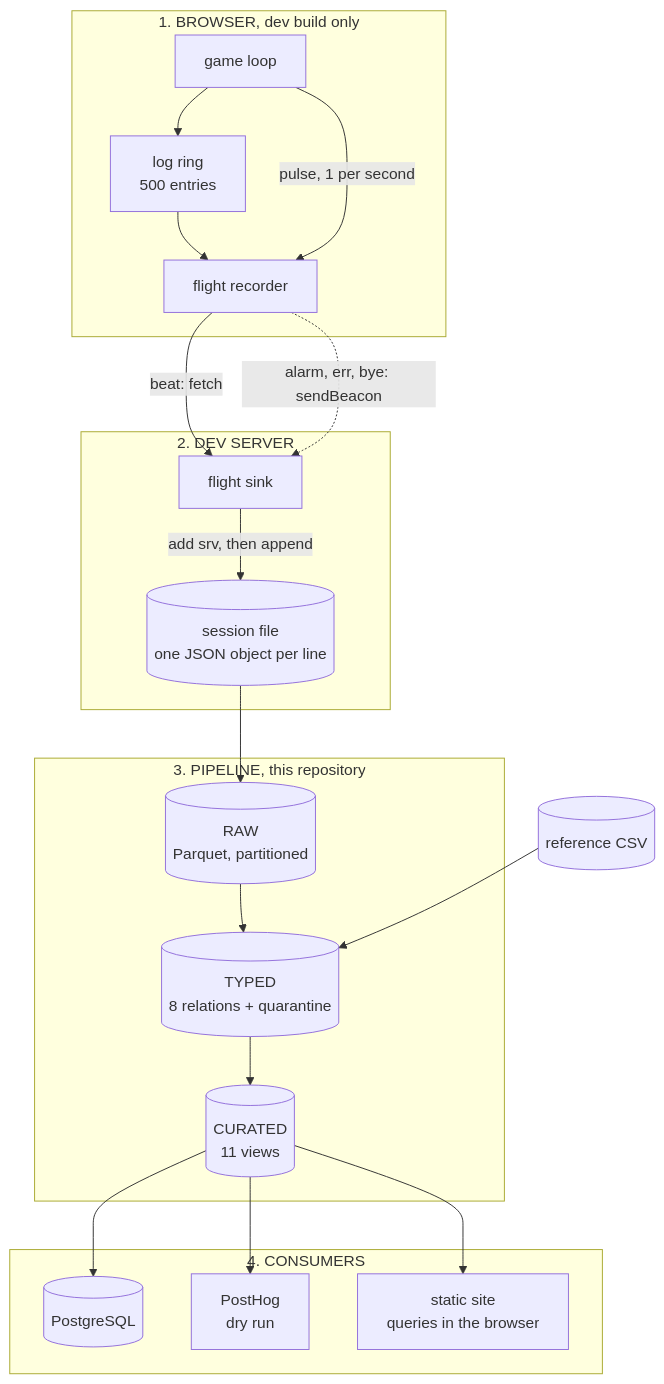
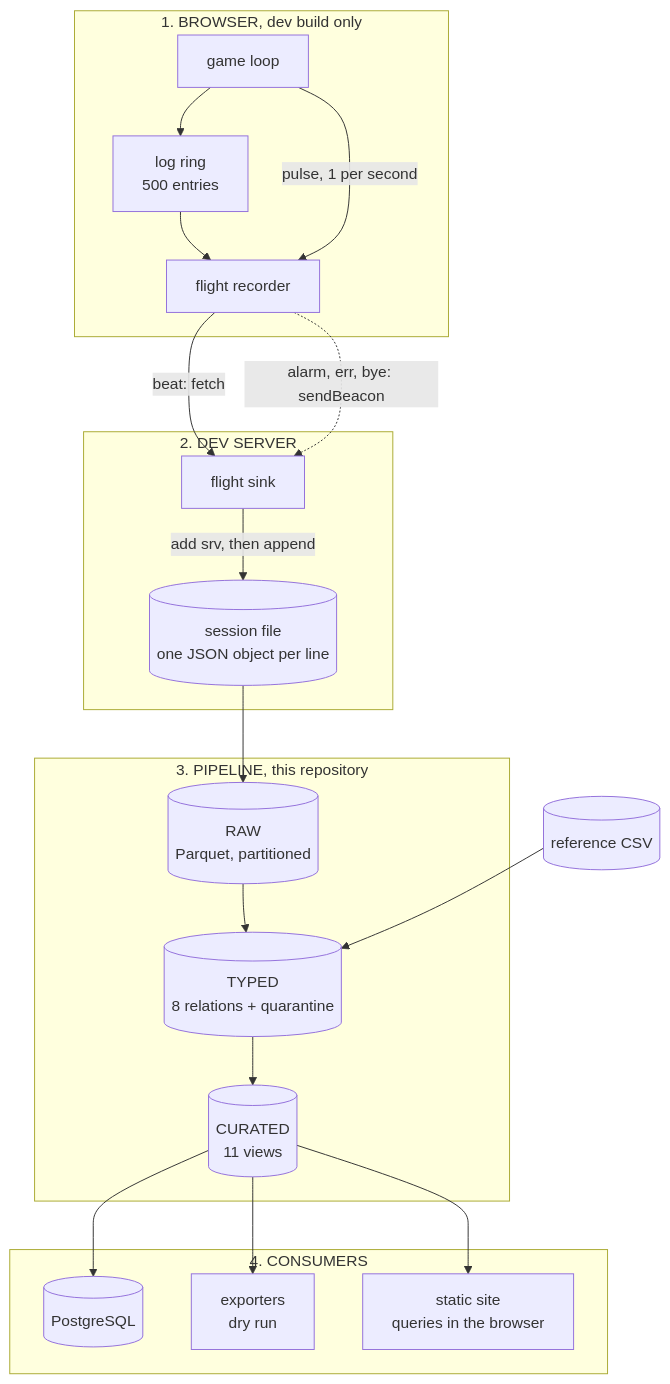
The first of 4 diagrams in docs/architecture.md (MrBisonte/flightdeck), drawn with Mermaid before and after one commit. The commit also changed other lines of this file and 4 other files, not shown here.

````diff
--- a/docs/architecture.md
+++ b/docs/architecture.md
@@ -23,37 +23,37 @@
 ```mermaid
 flowchart TB
   subgraph A["1. BROWSER, dev build only"]
     game["game loop"]
     ring["log ring<br/>500 entries"]
     rec["flight recorder"]
     game --> ring --> rec
     game -->|"pulse, 1 per second"| rec
   end
 
   subgraph B["2. DEV SERVER"]
     sink["flight sink"]
     log[("session file<br/>one JSON object per line")]
     sink -->|"add srv, then append"| log
   end
 
   subgraph C["3. PIPELINE, this repository"]
     raw[("RAW<br/>Parquet, partitioned")]
     typed[("TYPED<br/>8 relations + quarantine")]
     cur[("CURATED<br/>11 views")]
     raw --> typed --> cur
   end
 
   subgraph D["4. CONSUMERS"]
     pg[("PostgreSQL")]
-    ph["PostHog<br/>dry run"]
+    ph["exporters<br/>dry run"]
     site["static site<br/>queries in the browser"]
   end
 
   rec -->|"beat: fetch"| sink
   rec -.->|"alarm, err, bye: sendBeacon"| sink
   log --> raw
   ref[("reference CSV")] --> typed
   cur --> pg
   cur --> ph
   cur --> site
 ```
````
